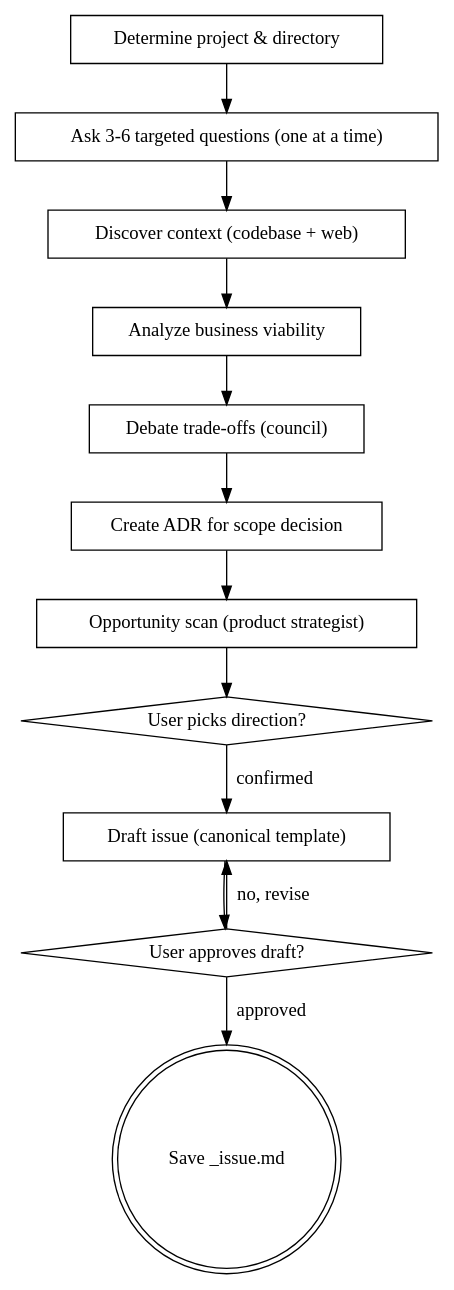
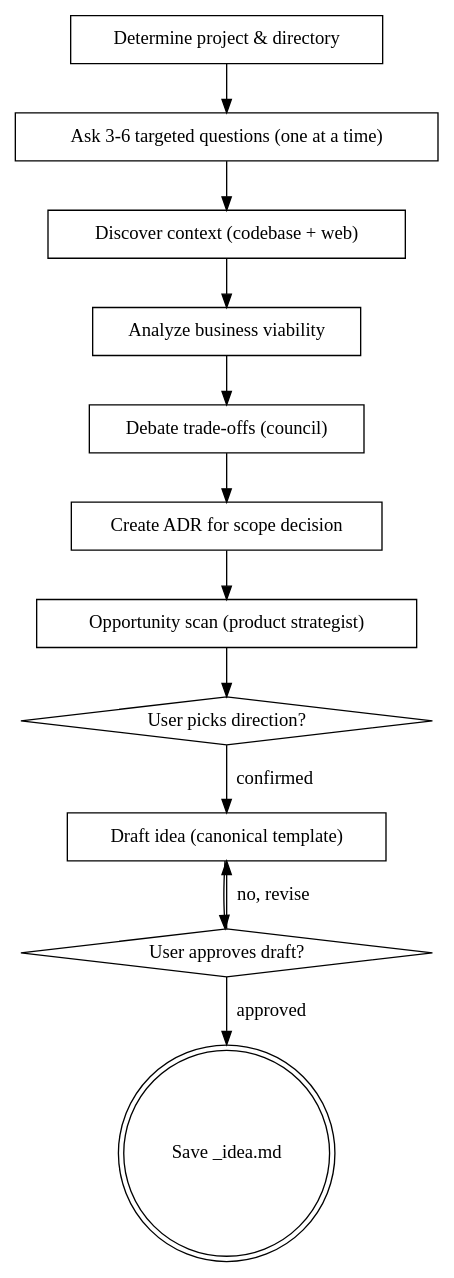
Before and after one commit to compozy/agh: the diagram in .agents/skills/cy-idea-factory/SKILL.md, drawn with Graphviz. The commit also changed other lines of this file and 72 other files, not shown here.

````diff
--- a/.agents/skills/cy-idea-factory/SKILL.md
+++ b/.agents/skills/cy-idea-factory/SKILL.md
@@ -169,27 +169,27 @@
 ```dot
-digraph create_issue {
+digraph idea_factory {
     "Determine project & directory" [shape=box];
     "Ask 3-6 targeted questions (one at a time)" [shape=box];
     "Discover context (codebase + web)" [shape=box];
     "Analyze business viability" [shape=box];
     "Debate trade-offs (council)" [shape=box];
     "Create ADR for scope decision" [shape=box];
     "Opportunity scan (product strategist)" [shape=box];
     "User picks direction?" [shape=diamond];
-    "Draft issue (canonical template)" [shape=box];
+    "Draft idea (canonical template)" [shape=box];
     "User approves draft?" [shape=diamond];
-    "Save _issue.md" [shape=doublecircle];
+    "Save _idea.md" [shape=doublecircle];
 
     "Determine project & directory" -> "Ask 3-6 targeted questions (one at a time)";
     "Ask 3-6 targeted questions (one at a time)" -> "Discover context (codebase + web)";
     "Discover context (codebase + web)" -> "Analyze business viability";
     "Analyze business viability" -> "Debate trade-offs (council)";
     "Debate trade-offs (council)" -> "Create ADR for scope decision";
     "Create ADR for scope decision" -> "Opportunity scan (product strategist)";
     "Opportunity scan (product strategist)" -> "User picks direction?";
-    "User picks direction?" -> "Draft issue (canonical template)" [label="confirmed"];
-    "Draft issue (canonical template)" -> "User approves draft?";
-    "User approves draft?" -> "Draft issue (canonical template)" [label="no, revise"];
-    "User approves draft?" -> "Save _issue.md" [label="approved"];
+    "User picks direction?" -> "Draft idea (canonical template)" [label="confirmed"];
+    "Draft idea (canonical template)" -> "User approves draft?";
+    "User approves draft?" -> "Draft idea (canonical template)" [label="no, revise"];
+    "User approves draft?" -> "Save _idea.md" [label="approved"];
 }
 ```
````
